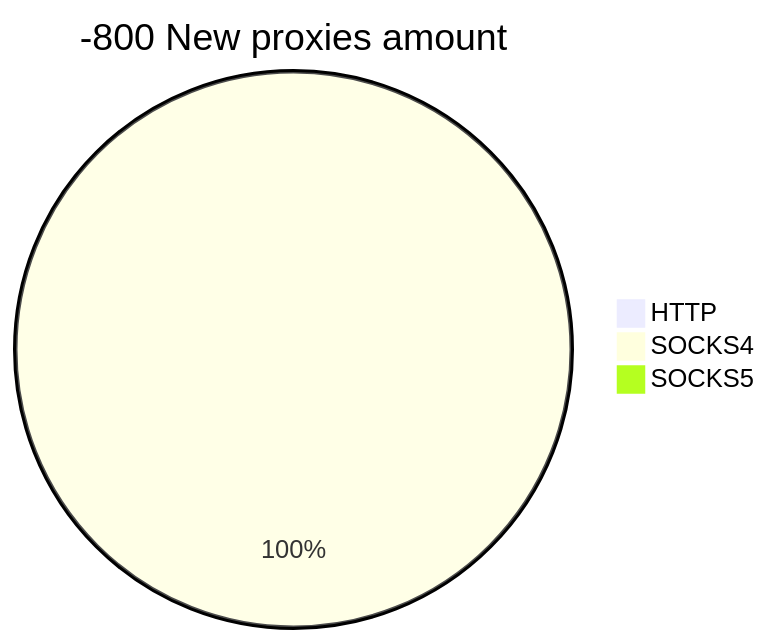
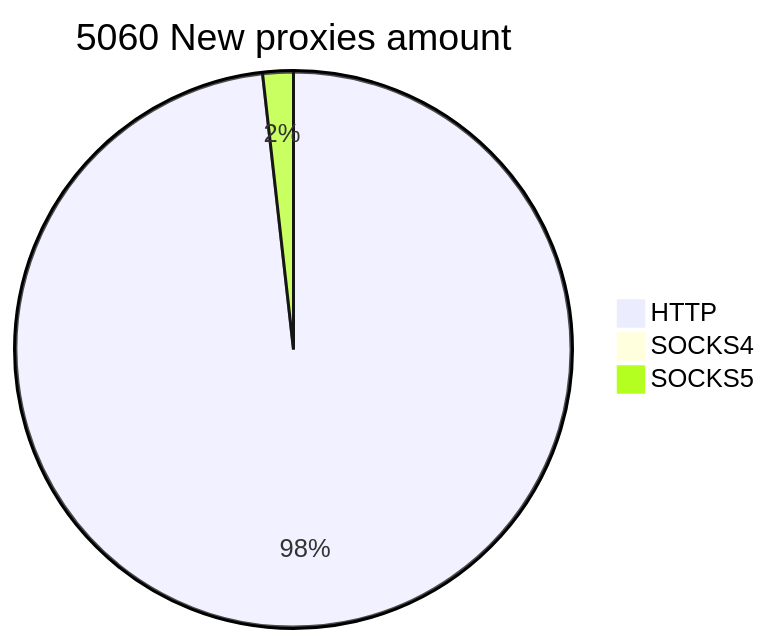
The second of 2 diagrams in README.md (cutipu/proxylist), drawn with Mermaid before and after one commit. The commit also changed other lines of this file, not shown here.

````diff
--- a/README.md
+++ b/README.md
@@ -10,6 +10,6 @@
 ```mermaid
-pie title -800 New proxies amount
-    "HTTP" : 0
-    "SOCKS4" : 5506
-    "SOCKS5" : 0
+pie title 5060 New proxies amount
+    "HTTP" : 4970
+    "SOCKS4" : 0
+    "SOCKS5" : 90
 ```
````
